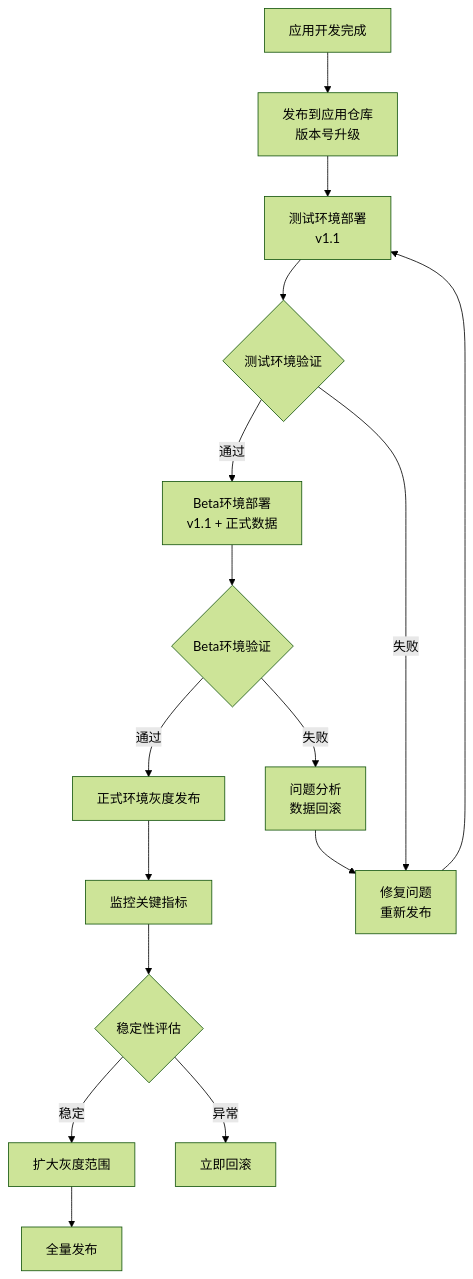
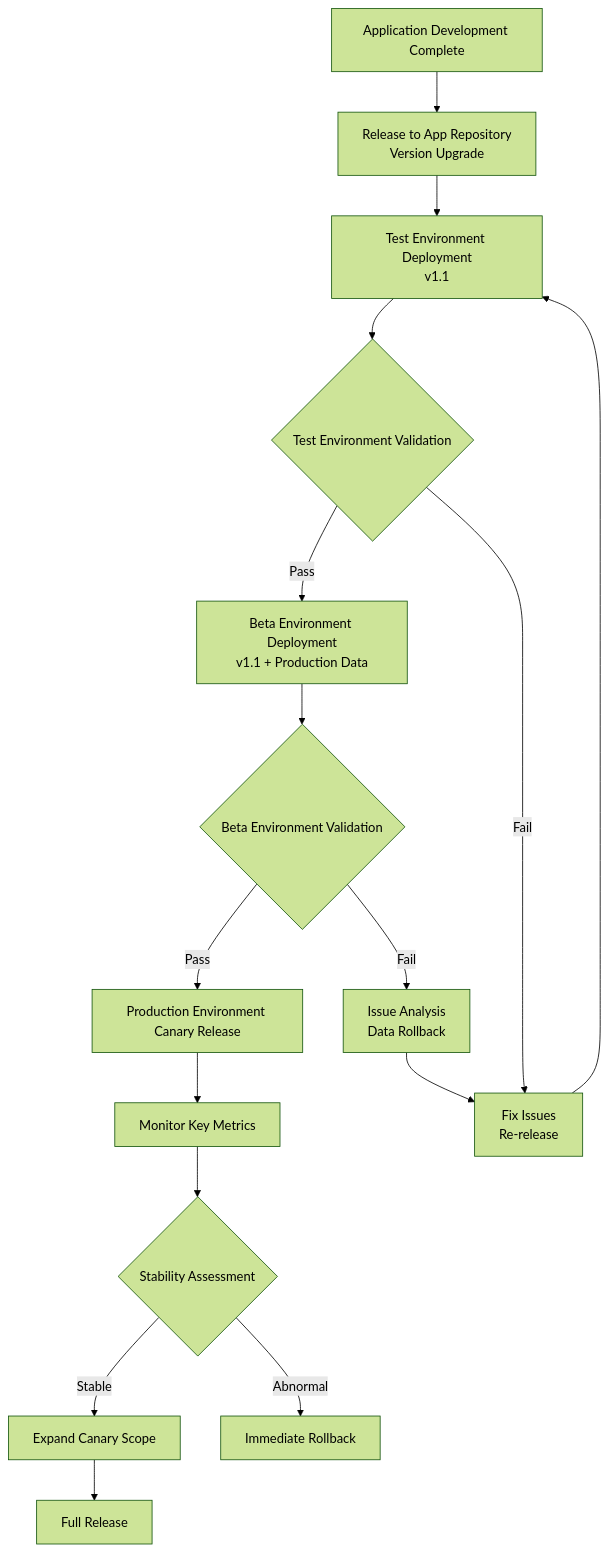
Before and after one commit to jitai-team/jitai-docs: the first of 4 diagrams in docs/devguide/advanced-guide/application-layer-stability-guarantee.md, drawn with Mermaid (forest theme). The commit also changed other lines of this file and 157 other files, not shown here.

````diff
--- a/docs/devguide/advanced-guide/application-layer-stability-guarantee.md
+++ b/docs/devguide/advanced-guide/application-layer-stability-guarantee.md
@@ -25,18 +25,18 @@
 ```mermaid
 graph TD
-    A[应用开发完成] --> B[发布到应用仓库<br/>版本号升级]
-    B --> C[测试环境部署<br/>v1.1]
-    C --> D{测试环境验证}
-    D -->|通过| E[Beta环境部署<br/>v1.1 + 正式数据]
-    D -->|失败| F[修复问题<br/>重新发布]
+    A[Application Development Complete] --> B[Release to App Repository<br/>Version Upgrade]
+    B --> C[Test Environment Deployment<br/>v1.1]
+    C --> D{Test Environment Validation}
+    D -->|Pass| E[Beta Environment Deployment<br/>v1.1 + Production Data]
+    D -->|Fail| F[Fix Issues<br/>Re-release]
     F --> C
-    E --> G{Beta环境验证}
-    G -->|通过| H[正式环境灰度发布]
-    G -->|失败| I[问题分析<br/>数据回滚]
+    E --> G{Beta Environment Validation}
+    G -->|Pass| H[Production Environment Canary Release]
+    G -->|Fail| I[Issue Analysis<br/>Data Rollback]
     I --> F
-    H --> J[监控关键指标]
-    J --> K{稳定性评估}
-    K -->|稳定| L[扩大灰度范围]
-    K -->|异常| M[立即回滚]
-    L --> N[全量发布]
+    H --> J[Monitor Key Metrics]
+    J --> K{Stability Assessment}
+    K -->|Stable| L[Expand Canary Scope]
+    K -->|Abnormal| M[Immediate Rollback]
+    L --> N[Full Release]
 ```
````
